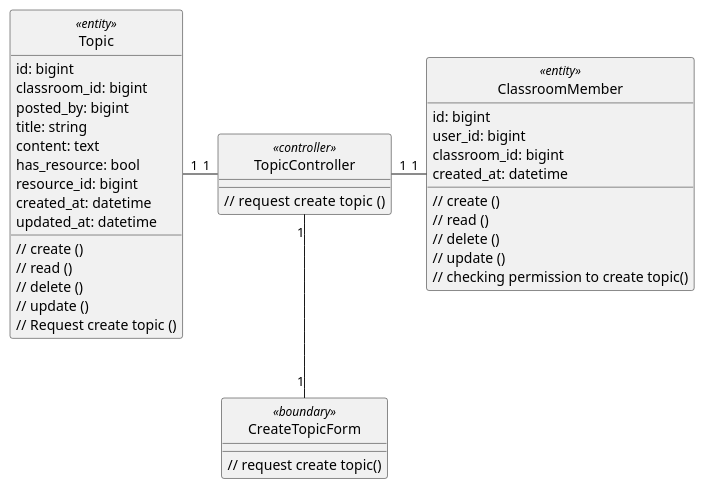
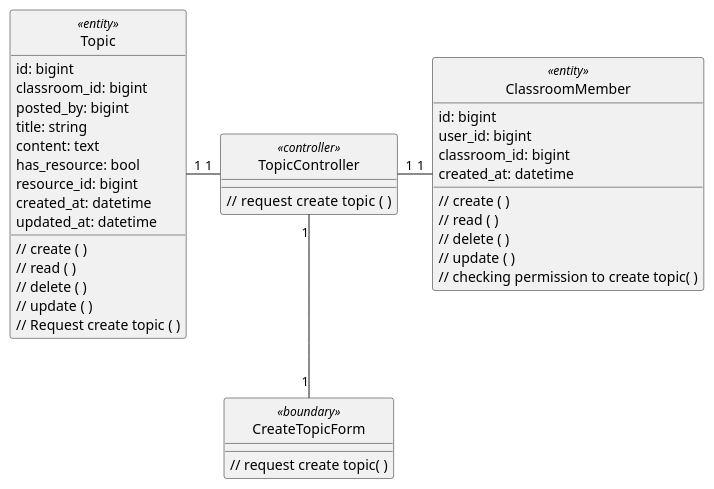
The diagram in class - analysis/topic/createTopic.plantuml (anonyhostvn/OOAD-Diagram), drawn with PlantUML before and after one commit. The commit also changed 16 other files, not shown here.

```diff
--- a/class - analysis/topic/createTopic.plantuml
+++ b/class - analysis/topic/createTopic.plantuml
@@ -1,52 +1,52 @@
 @startuml createTopic
 
 class Topic <<entity>> {
     id: bigint
     classroom_id: bigint
     posted_by: bigint
     title: string
     content: text
     has_resource: bool
     resource_id: bigint
     created_at: datetime
     updated_at: datetime
 
-    // create ()
-    // read ()
-    // delete ()
-    // update ()
-    // Request create topic ()
+    // create ( )
+    // read ( )
+    // delete ( )
+    // update ( )
+    // Request create topic ( )
 }
 
 class ClassroomMember <<entity>> {
     id: bigint
     user_id: bigint
     classroom_id: bigint
     created_at: datetime
 
-    // create ()
-    // read ()
-    // delete ()
-    // update ()
-    // checking permission to create topic()
+    // create ( )
+    // read ( )
+    // delete ( )
+    // update ( )
+    // checking permission to create topic( )
 }
 
 class CreateTopicForm <<boundary>> {
-    // request create topic()
+    // request create topic( )
 }
 
 class TopicController <<controller>> {
-    // request create topic  ()
+    // request create topic  ( )
 }
 
 hide Topic <<entity>> circle
 hide CreateTopicForm <<boundary>> circle
 hide TopicController <<controller>> circle
 
 TopicController "1" -left- "1" Topic
 TopicController "1" -right- "1" ClassroomMember
 TopicController "1" -down- "1" CreateTopicForm
 
 
 
 @enduml
```
